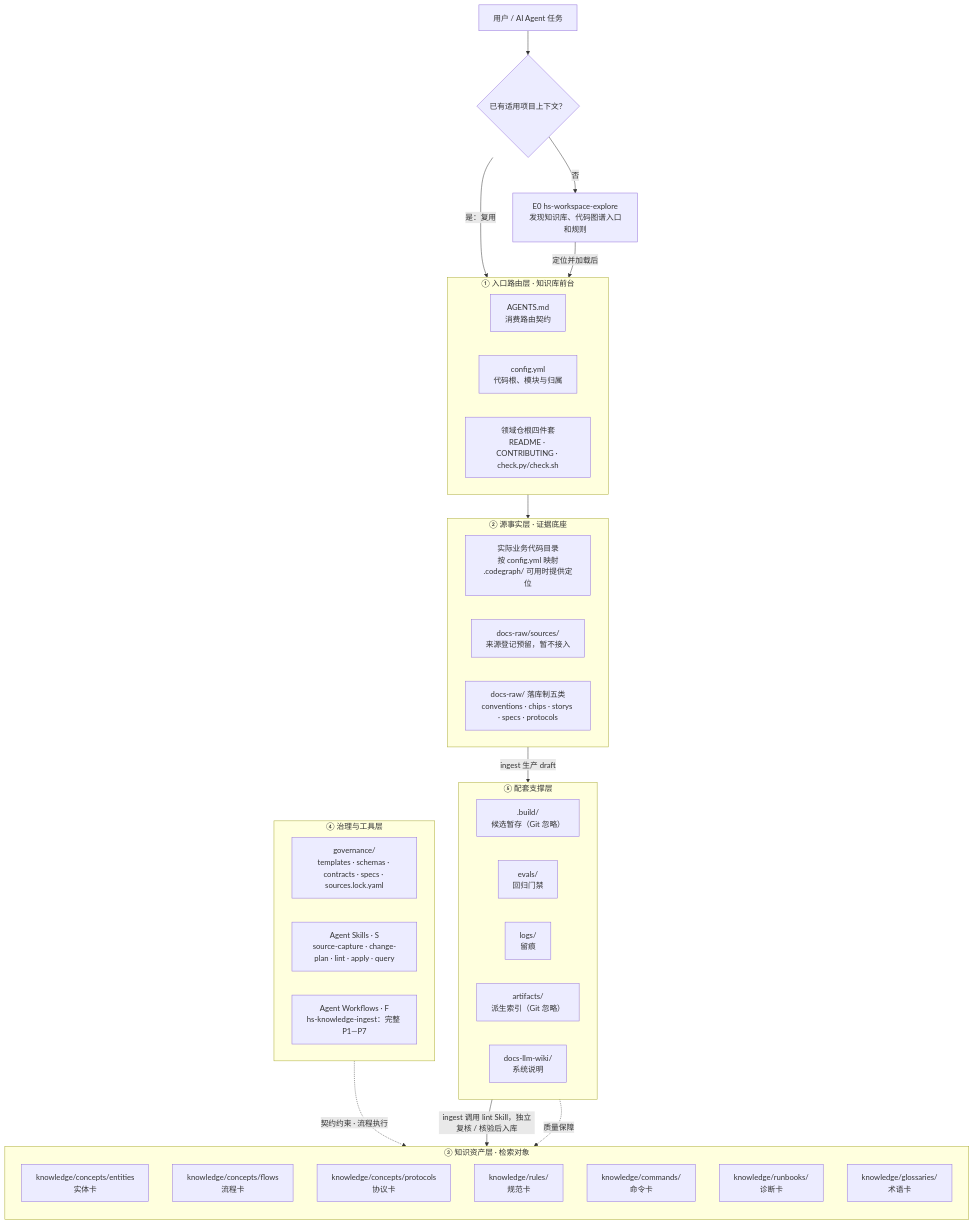
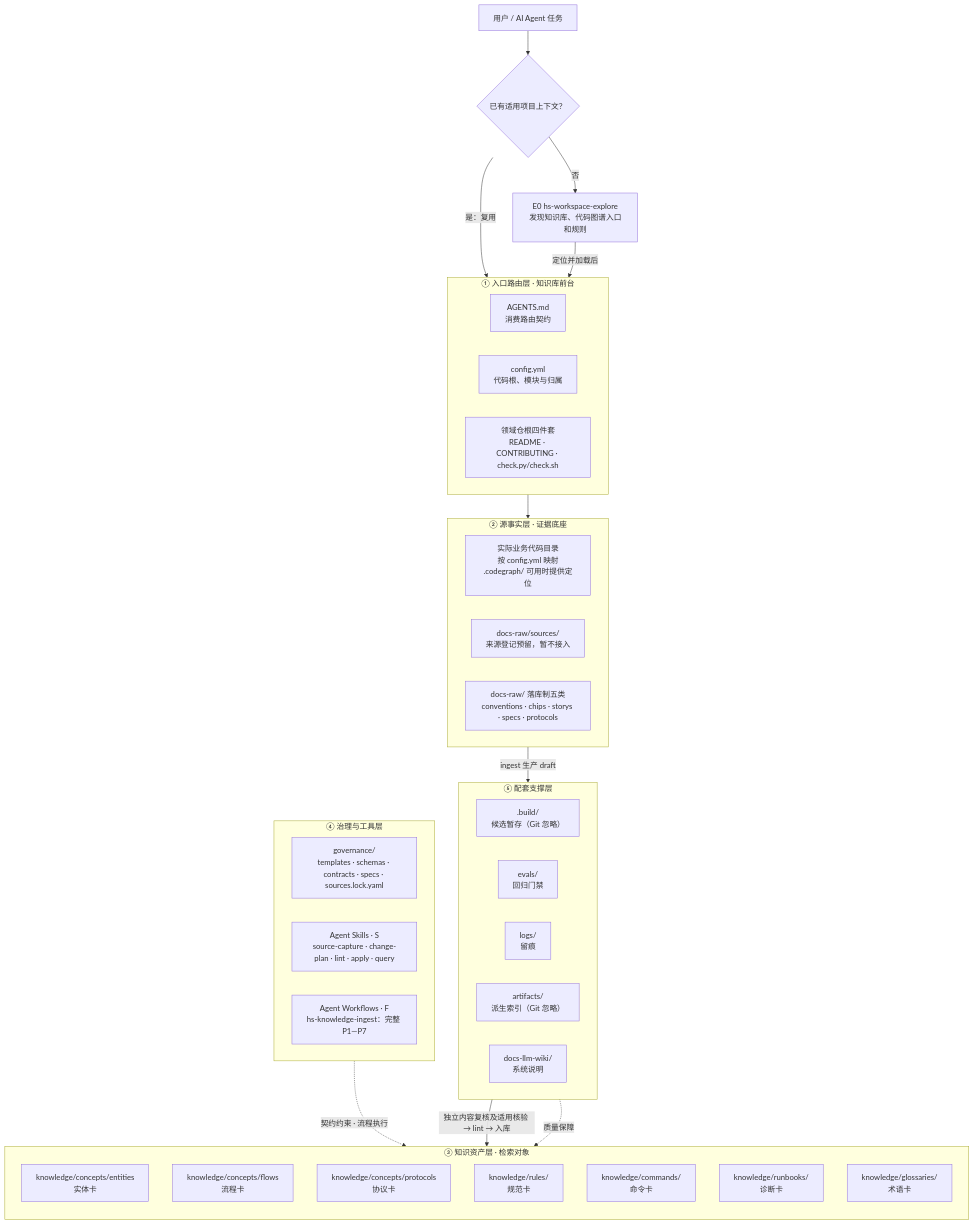
Before and after one commit to Robin-hhc/FactumCore: the first of 7 diagrams in aiotbot-knowledge-wifi-mp/docs-llm-wiki/AIoTBot知识库架构设计.md, drawn with Mermaid. The commit also changed other lines of this file and 67 other files, not shown here.

````diff
--- a/aiotbot-knowledge-wifi-mp/docs-llm-wiki/AIoTBot知识库架构设计.md
+++ b/aiotbot-knowledge-wifi-mp/docs-llm-wiki/AIoTBot知识库架构设计.md
@@ -125,57 +127,57 @@
 ```mermaid
 flowchart TB
     U["用户 / AI Agent 任务"]
     C0{"已有适用项目上下文？"}
     E0["E0 hs-workspace-explore<br />发现知识库、代码图谱入口和规则"]
 
     subgraph S1["① 入口路由层 · 知识库前台"]
         direction LR
         A2["AGENTS.md<br />消费路由契约"]
         A3["config.yml<br />代码根、模块与归属"]
         A4["领域仓根四件套<br />README · CONTRIBUTING · check.py/check.sh"]
     end
 
     subgraph S2["② 源事实层 · 证据底座"]
         direction LR
         B1["实际业务代码目录<br />按 config.yml 映射<br />.codegraph/ 可用时提供定位"]
         B2["docs-raw/sources/<br />来源登记预留，暂不接入"]
         B3["docs-raw/ 落库制五类<br />conventions · chips · storys · specs · protocols"]
     end
 
     subgraph S3["③ 知识资产层 · 检索对象"]
         direction TB
         C1["knowledge/concepts/entities<br />实体卡"]
         C2["knowledge/concepts/flows<br />流程卡"]
         C3["knowledge/concepts/protocols<br />协议卡"]
         C4["knowledge/rules/<br />规范卡"]
         C5["knowledge/commands/<br />命令卡"]
         C6["knowledge/runbooks/<br />诊断卡"]
         C7["knowledge/glossaries/<br />术语卡"]
     end
 
     subgraph S4["④ 治理与工具层"]
         direction LR
         D1["governance/<br />templates · schemas · contracts · specs · sources.lock.yaml"]
         D2["Agent Skills · S<br />source-capture · change-plan · lint · apply · query"]
         D3["Agent Workflows · F<br />hs-knowledge-ingest：完整 P1—P7"]
     end
 
     subgraph S5["⑤ 配套支撑层"]
         direction LR
         E1[".build/<br />候选暂存（Git 忽略）"]
         E2["evals/<br />回归门禁"]
         E3["logs/<br />留痕"]
         E4["artifacts/<br />派生索引（Git 忽略）"]
         E5["docs-llm-wiki/<br />系统说明"]
     end
 
     U --> C0
     C0 -->|"是：复用"| S1
     C0 -->|"否"| E0
     E0 -->|"定位并加载后"| S1
     S1 --> S2
     S2 -->|"ingest 生产 draft"| E1
-    E1 -->|"ingest 调用 lint Skill，独立复核 / 核验后入库"| S3
+    E1 -->|"独立内容复核及适用核验 → lint → 入库"| S3
     S4 -.->|"契约约束 · 流程执行"| S3
     S5 -.->|"质量保障"| S3
 ```
````
